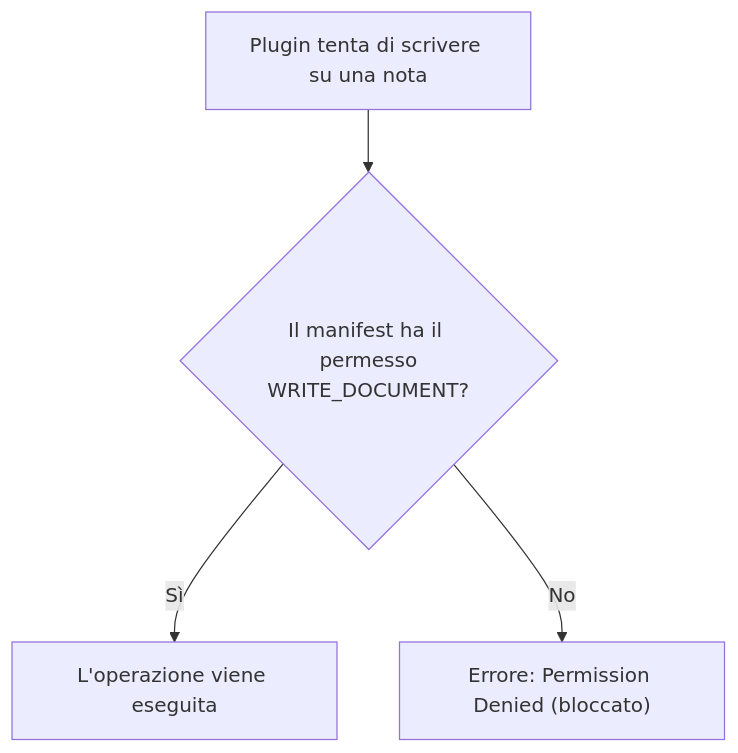
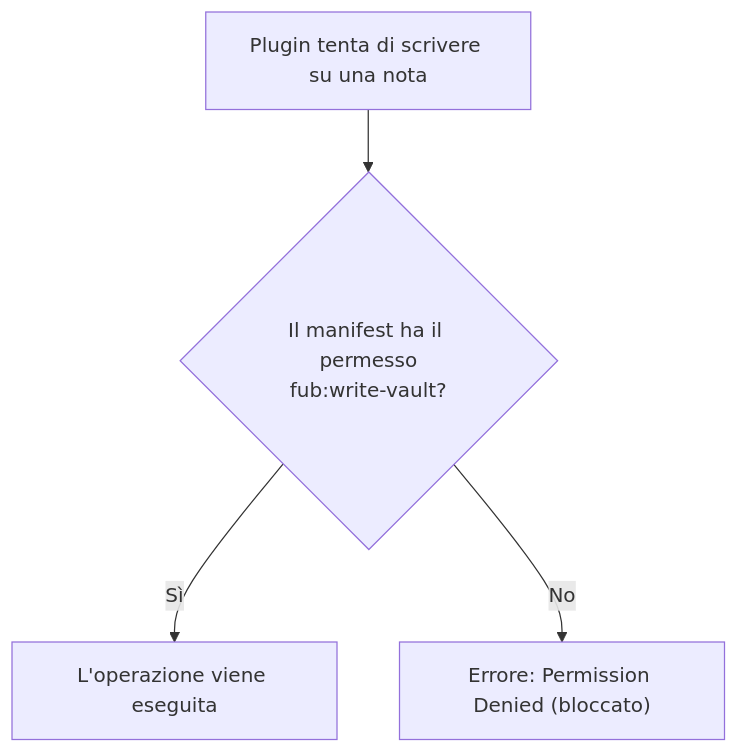
The diagram in docs/04-plugin/03-i-permessi.md (Fubeo/Fub), drawn with Mermaid before and after one commit. The commit also changed other lines of this file and 37 other files, not shown here.

````diff
--- a/docs/04-plugin/03-i-permessi.md
+++ b/docs/04-plugin/03-i-permessi.md
@@ -7,6 +7,6 @@
 ```mermaid
 flowchart TD
-    Req["Plugin tenta di scrivere su una nota"] --> Check{"Il manifest ha il permesso<br>WRITE_DOCUMENT?"}
+    Req["Plugin tenta di scrivere su una nota"] --> Check{"Il manifest ha il permesso<br>fub:write-vault?"}
     Check -- "Sì" --> Exec["L'operazione viene eseguita"]
     Check -- "No" --> Block["Errore: Permission Denied (bloccato)"]
 ```
````
